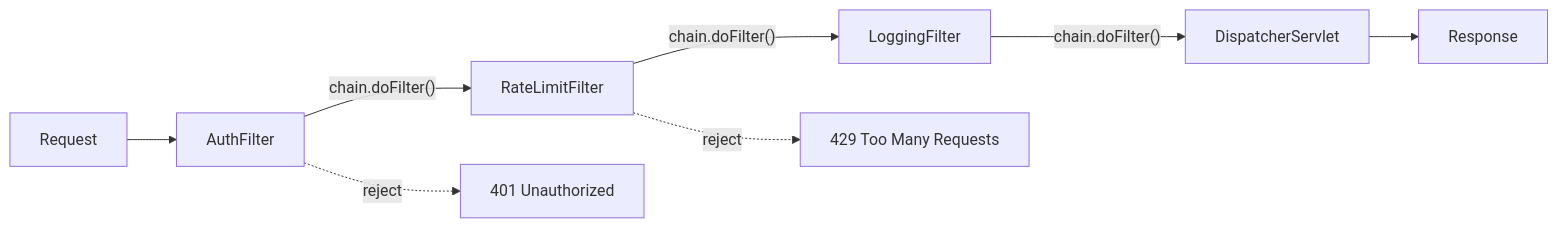
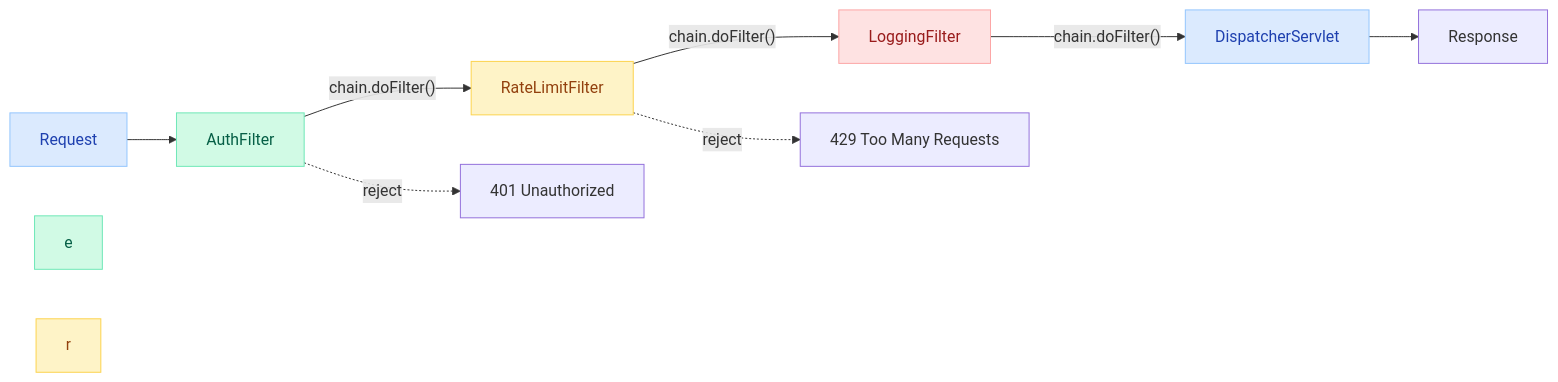
One commit to saivamsikaruturi/vamsilabs-dev-notes-main changed the tenth of 11 diagrams in docs/springboot/design-patterns.md. Above: the diagram before and after it, drawn with Mermaid. The commit also changed other lines of this file and 220 other files, not shown here.

First line of the commit message:
Add 50+ new Java/Spring Boot pages, rewrite CSS code blocks to Oracle style, fix all diagram colors

````diff
--- a/docs/springboot/design-patterns.md
+++ b/docs/springboot/design-patterns.md
@@ -721,11 +731,19 @@
 ```mermaid
 flowchart LR
     Request --> F1["AuthFilter"]
     F1 -->|"chain.doFilter()"| F2["RateLimitFilter"]
     F2 -->|"chain.doFilter()"| F3["LoggingFilter"]
     F3 -->|"chain.doFilter()"| Controller["DispatcherServlet"]
     Controller --> Response
 
     F1 -.->|"reject"| R1["401 Unauthorized"]
     F2 -.->|"reject"| R2["429 Too Many Requests"]
+
+    style Controller fill:#DBEAFE,stroke:#93C5FD,color:#1E40AF
+    style F1 fill:#D1FAE5,stroke:#6EE7B7,color:#065F46
+    style F2 fill:#FEF3C7,stroke:#FCD34D,color:#92400E
+    style F3 fill:#FEE2E2,stroke:#FCA5A5,color:#991B1B
+    style Request fill:#DBEAFE,stroke:#93C5FD,color:#1E40AF
+    style e fill:#D1FAE5,stroke:#6EE7B7,color:#065F46
+    style r fill:#FEF3C7,stroke:#FCD34D,color:#92400E
 ```
````
